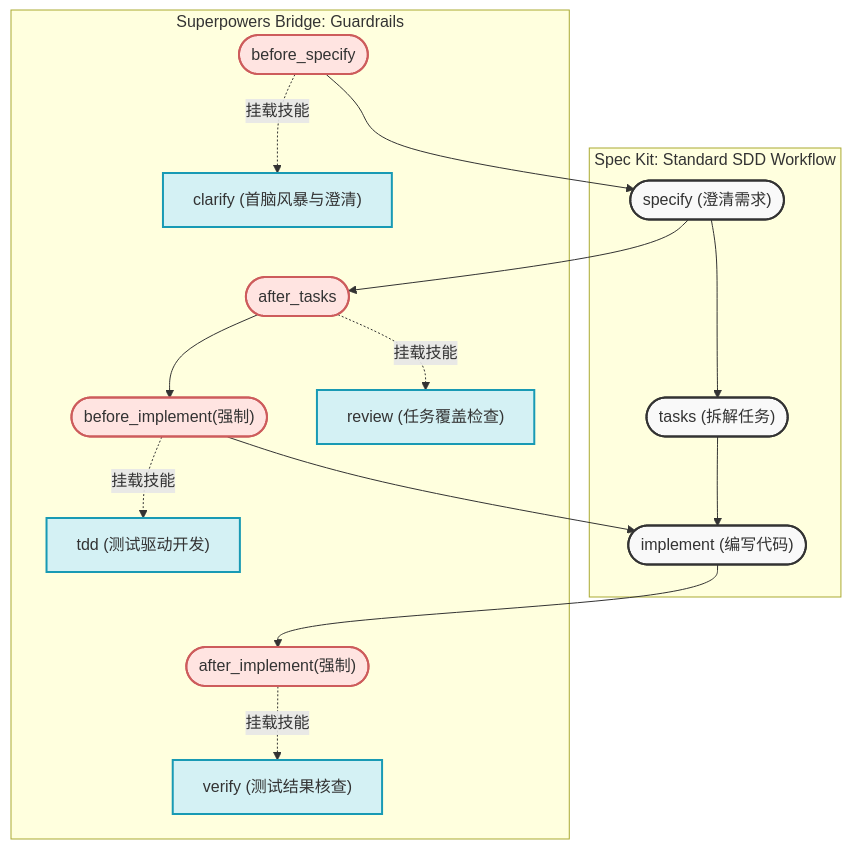
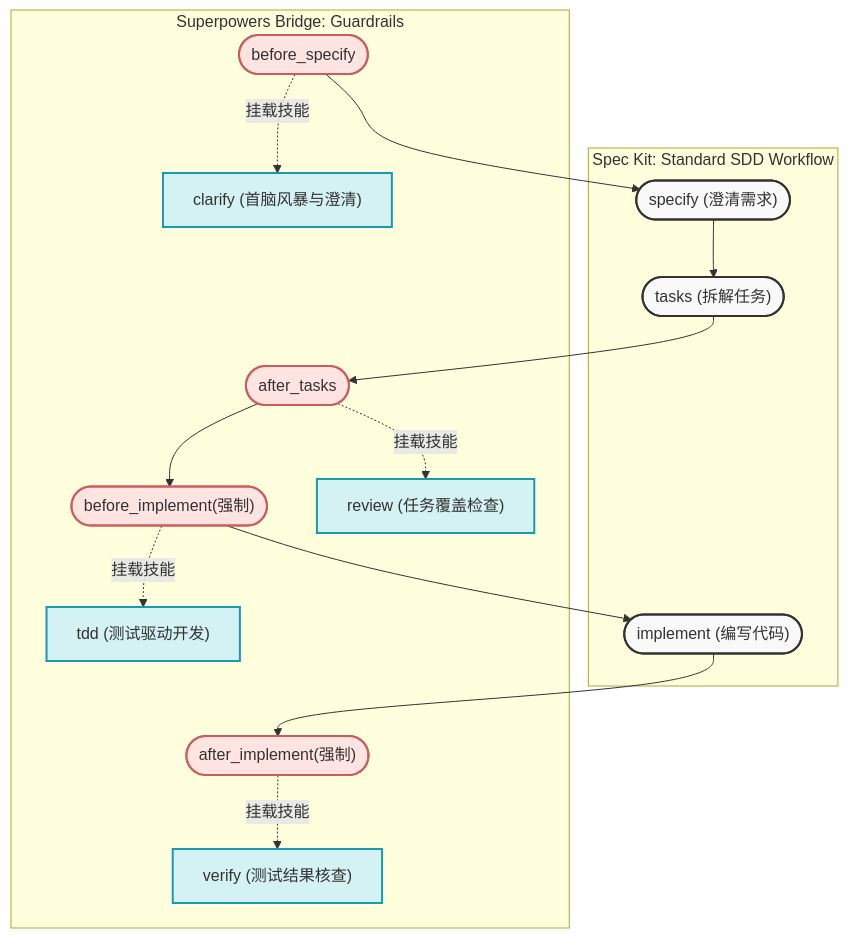
One commit to RbBtSn0w/rbbtsn0w.github.io changed the diagram in _posts/2026-03-30-superpowers-bridge-spec-kit.md. Above: the diagram before and after it, drawn with Mermaid.

Commit message:
fix(blog): correct Mermaid graph workflow node relations to align with actual Spec Kit chronology

````diff
--- a/_posts/2026-03-30-superpowers-bridge-spec-kit.md
+++ b/_posts/2026-03-30-superpowers-bridge-spec-kit.md
@@ -37,38 +37,36 @@
 ```mermaid
 flowchart TD
     classDef workflow fill:#f9f9f9,stroke:#333,stroke-width:2px
     classDef hook fill:#ffe4e1,stroke:#cd5c5c,stroke-width:2px
     classDef skill fill:#d4f1f4,stroke:#189ab4,stroke-width:2px
 
     subgraph spec_workflow [Spec Kit: Standard SDD Workflow]
         S(["specify (澄清需求)"]):::workflow
         T(["tasks (拆解任务)"]):::workflow
         I(["implement (编写代码)"]):::workflow
-        
-        S --> T
-        T --> I
     end
 
     subgraph superpowers_bridge [Superpowers Bridge: Guardrails]
         B_S(["before_specify"]):::hook
         A_T(["after_tasks"]):::hook
         B_I(["before_implement(强制)"]):::hook
         A_I(["after_implement(强制)"]):::hook
 
         C["clarify (首脑风暴与澄清)"]:::skill
         R["review (任务覆盖检查)"]:::skill
         TDD["tdd (测试驱动开发)"]:::skill
         V["verify (测试结果核查)"]:::skill
         
         B_S -.->|挂载技能| C
         A_T -.->|挂载技能| R
         B_I -.->|挂载技能| TDD
         A_I -.->|挂载技能| V
     end
 
     B_S --> S
-    S --> A_T
+    S --> T
+    T --> A_T
     A_T --> B_I
     B_I --> I
     I --> A_I
 ```
````
